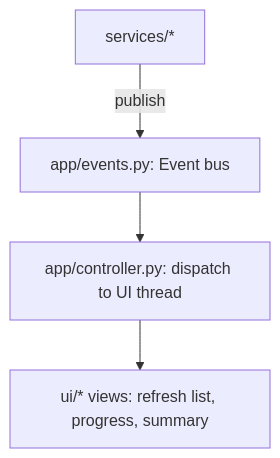
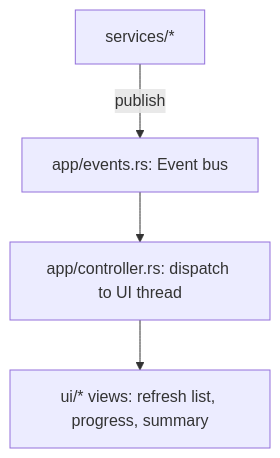
The sixth of 6 diagrams in ARCHITECTURE.md (smd3235/steam-game-organizer), drawn with Mermaid before and after one commit. The commit also changed other lines of this file and 399 other files, not shown here.

````diff
--- a/ARCHITECTURE.md
+++ b/ARCHITECTURE.md
@@ -408,6 +301,6 @@
 ```mermaid
 flowchart TD
-    A[services/*] -->|publish| B[app/events.py: Event bus]
-    B --> C[app/controller.py: dispatch to UI thread]
+    A[services/*] -->|publish| B[app/events.rs: Event bus]
+    B --> C[app/controller.rs: dispatch to UI thread]
     C --> D[ui/* views: refresh list, progress, summary]
 ```
````
